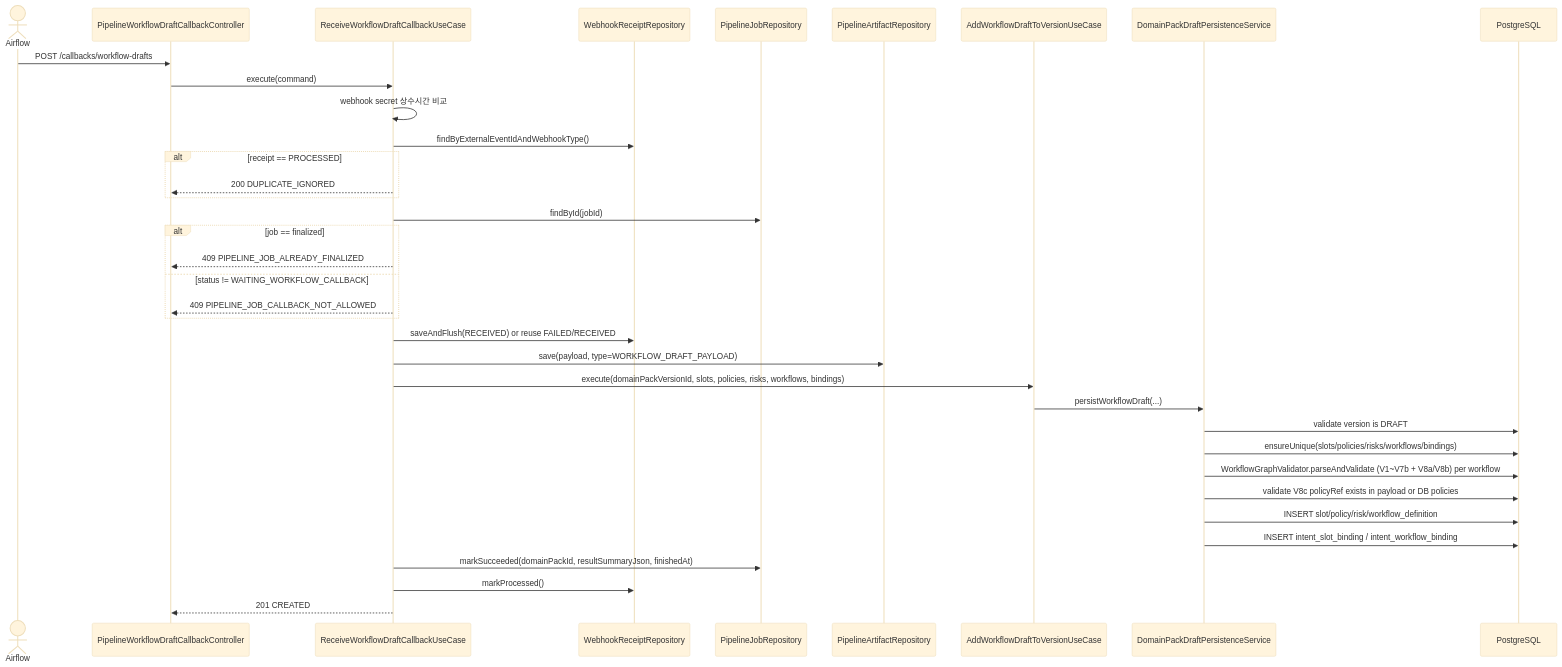
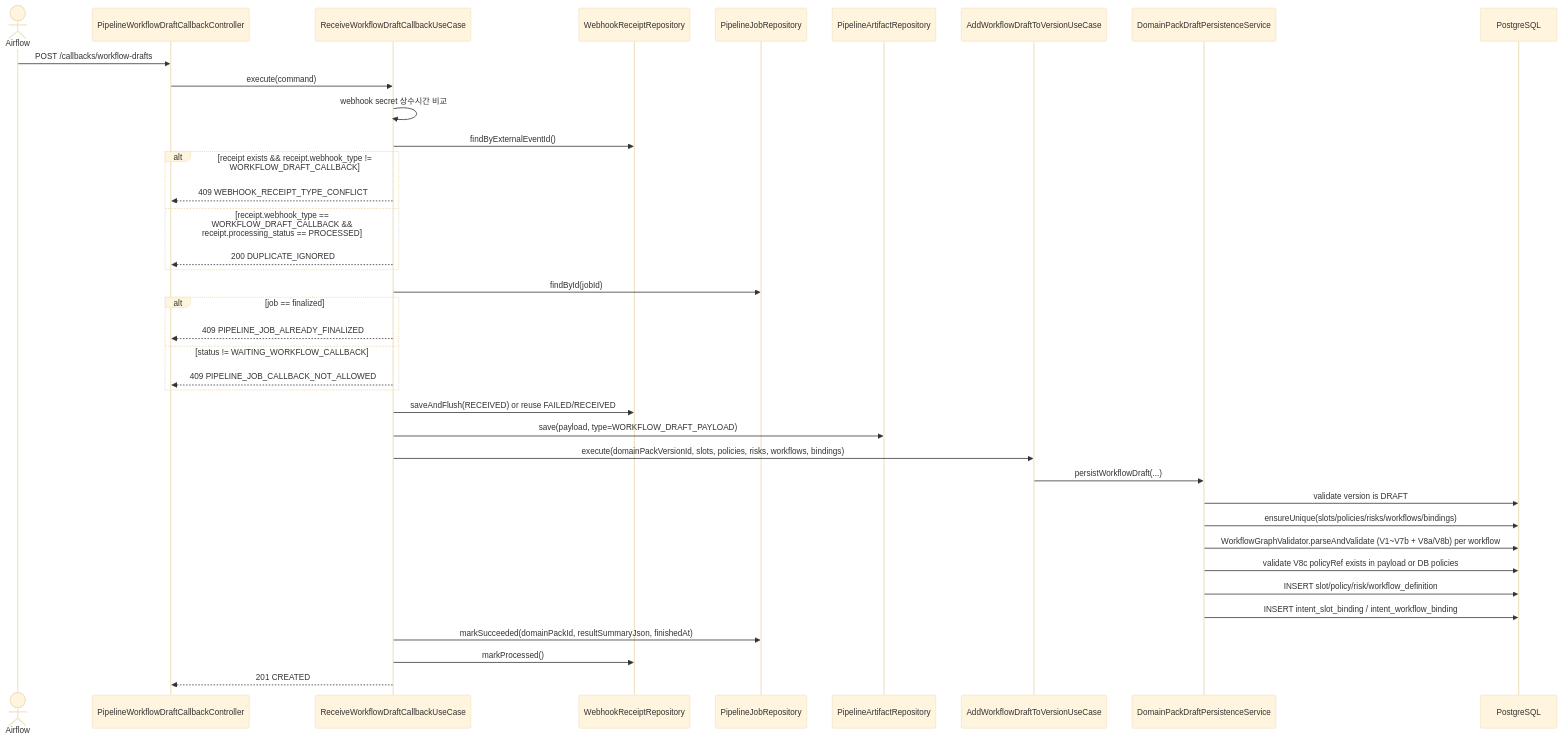
The second of 3 diagrams in .agent/specs/217.md (ajou-2026-1-capstone-5/ostone), drawn with Mermaid (base theme) before and after one commit. The commit also changed other lines of this file, not shown here.

First line of the commit message:
fix(spec): Airflow Workflow Draft Callback spec문서 수정 (#147)

````diff
--- a/.agent/specs/217.md
+++ b/.agent/specs/217.md
@@ -310,39 +325,41 @@
 ```mermaid
 sequenceDiagram
     actor airflow as Airflow
     participant ctrl as PipelineWorkflowDraftCallbackController
     participant cb as ReceiveWorkflowDraftCallbackUseCase
     participant receiptRepo as WebhookReceiptRepository
     participant jobRepo as PipelineJobRepository
     participant artifactRepo as PipelineArtifactRepository
     participant addUc as AddWorkflowDraftToVersionUseCase
     participant draftSvc as DomainPackDraftPersistenceService
     participant db as PostgreSQL
 
     airflow ->> ctrl: POST /callbacks/workflow-drafts
     ctrl ->> cb: execute(command)
     cb ->> cb: webhook secret 상수시간 비교
-    cb ->> receiptRepo: findByExternalEventIdAndWebhookType()
-    alt receipt == PROCESSED
+    cb ->> receiptRepo: findByExternalEventId()
+    alt receipt exists && receipt.webhook_type != WORKFLOW_DRAFT_CALLBACK
+        cb -->> ctrl: 409 WEBHOOK_RECEIPT_TYPE_CONFLICT
+    else receipt.webhook_type == WORKFLOW_DRAFT_CALLBACK && receipt.processing_status == PROCESSED
         cb -->> ctrl: 200 DUPLICATE_IGNORED
     end
     cb ->> jobRepo: findById(jobId)
     alt job == finalized
         cb -->> ctrl: 409 PIPELINE_JOB_ALREADY_FINALIZED
     else status != WAITING_WORKFLOW_CALLBACK
         cb -->> ctrl: 409 PIPELINE_JOB_CALLBACK_NOT_ALLOWED
     end
     cb ->> receiptRepo: saveAndFlush(RECEIVED) or reuse FAILED/RECEIVED
     cb ->> artifactRepo: save(payload, type=WORKFLOW_DRAFT_PAYLOAD)
     cb ->> addUc: execute(domainPackVersionId, slots, policies, risks, workflows, bindings)
     addUc ->> draftSvc: persistWorkflowDraft(...)
     draftSvc ->> db: validate version is DRAFT
     draftSvc ->> db: ensureUnique(slots/policies/risks/workflows/bindings)
     draftSvc ->> db: WorkflowGraphValidator.parseAndValidate (V1~V7b + V8a/V8b) per workflow
     draftSvc ->> db: validate V8c policyRef exists in payload or DB policies
     draftSvc ->> db: INSERT slot/policy/risk/workflow_definition
     draftSvc ->> db: INSERT intent_slot_binding / intent_workflow_binding
     cb ->> jobRepo: markSucceeded(domainPackId, resultSummaryJson, finishedAt)
     cb ->> receiptRepo: markProcessed()
     cb -->> ctrl: 201 CREATED
 ```
````
